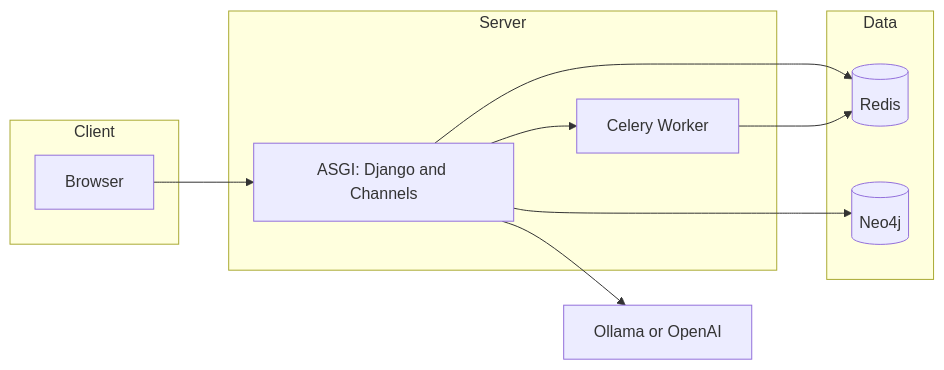
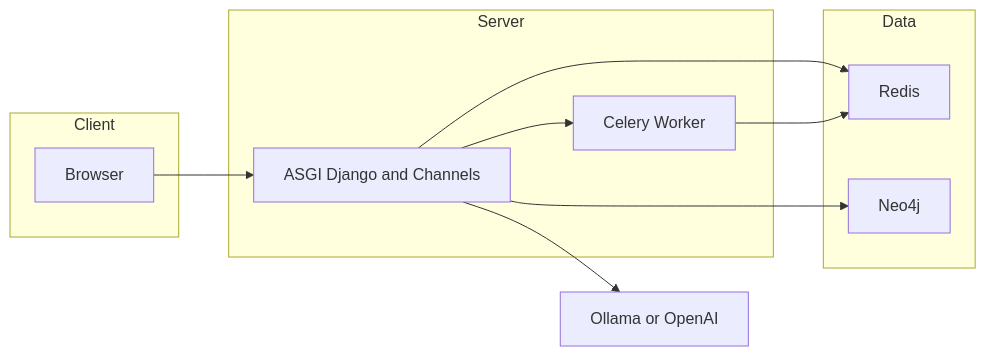
One commit to personalagile/aiteam changed the fifth of 5 diagrams in docs/arc42/arc42.md. Above: the diagram before and after it, drawn with Mermaid. The commit also changed other lines of this file and 8 other files, not shown here.

````diff
--- a/docs/arc42/arc42.md
+++ b/docs/arc42/arc42.md
@@ -132,22 +132,22 @@
 ```mermaid
-flowchart LR
+graph LR
   subgraph Client
-    Browser[Browser]
+    Browser["Browser"]
   end
   subgraph Server
-    Django[ASGI: Django and Channels]
-    CeleryW[Celery Worker]
+    Django["ASGI Django and Channels"]
+    CeleryW["Celery Worker"]
   end
   subgraph Data
-    Redis[(Redis)]
-    Neo4j[(Neo4j)]
+    Redis["Redis"]
+    Neo4j["Neo4j"]
   end
-  LLM[Ollama or OpenAI]
+  LLM["Ollama or OpenAI"]
 
   Browser --> Django
   Django --> Redis
   Django --> Neo4j
   Django --> LLM
   Django --> CeleryW
   CeleryW --> Redis
 ```
````
